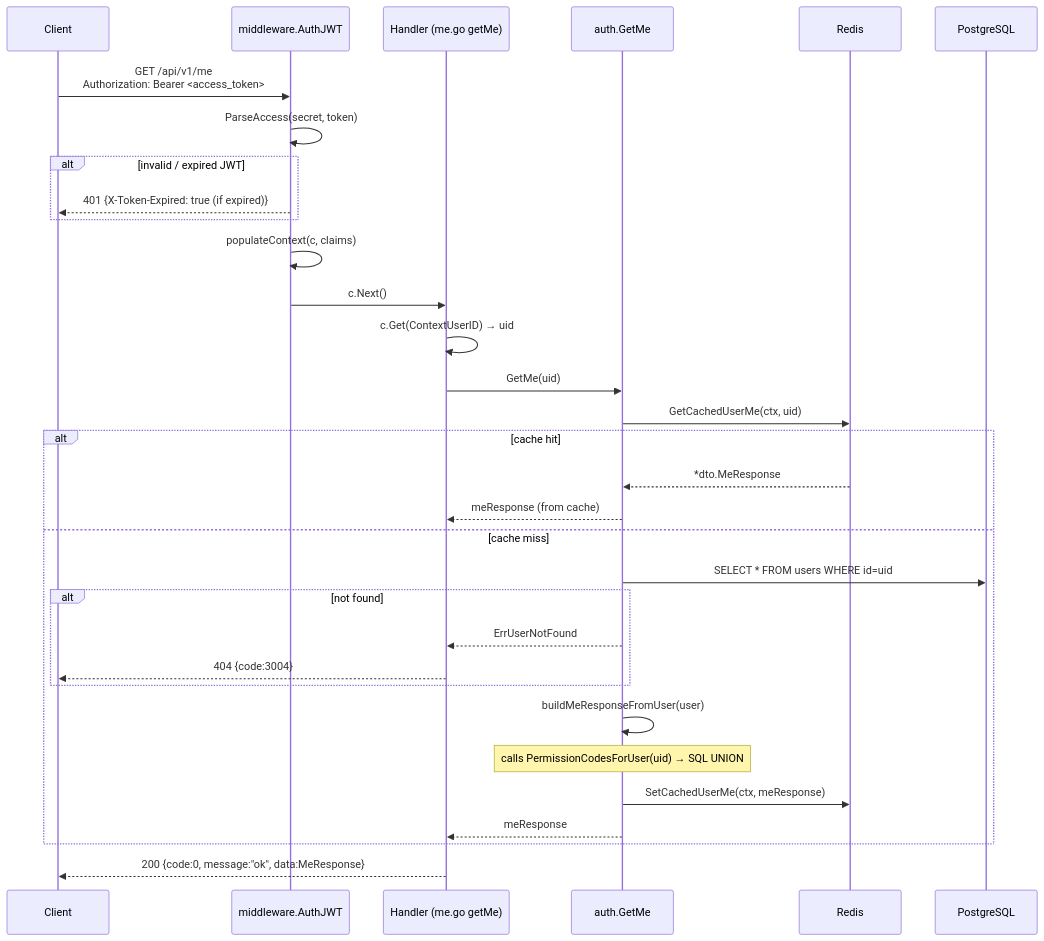
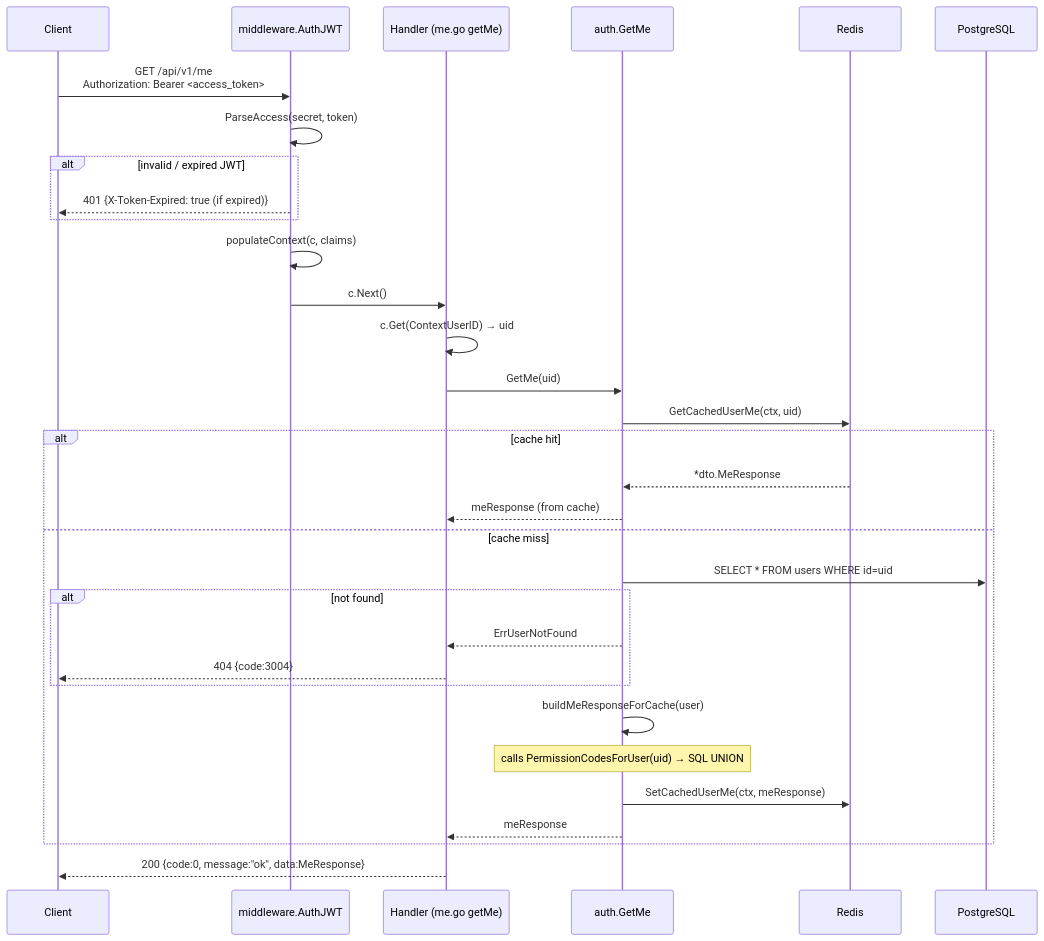
One commit to lkienkle11/be-mycourse changed the sixth of 23 diagrams in docs/sequence_diagrams.md. Above: the diagram before and after it, drawn with Mermaid. The commit also changed other lines of this file and 10 other files, not shown here.

Commit message:
docs: update media webhook and taxonomy architecture notes

````diff
--- a/docs/sequence_diagrams.md
+++ b/docs/sequence_diagrams.md
@@ -333,38 +333,38 @@
 ```mermaid
 sequenceDiagram
     participant C as Client
     participant MW as middleware.AuthJWT
     participant H as Handler (me.go getMe)
     participant SVC as auth.GetMe
     participant Cache as Redis
     participant DB as PostgreSQL
 
     C->>MW: GET /api/v1/me<br/>Authorization: Bearer <access_token>
     MW->>MW: ParseAccess(secret, token)
     alt invalid / expired JWT
         MW-->>C: 401 {X-Token-Expired: true (if expired)}
     end
     MW->>MW: populateContext(c, claims)
     MW->>H: c.Next()
 
     H->>H: c.Get(ContextUserID) → uid
     H->>SVC: GetMe(uid)
 
     SVC->>Cache: GetCachedUserMe(ctx, uid)
     alt cache hit
         Cache-->>SVC: *dto.MeResponse
         SVC-->>H: meResponse (from cache)
     else cache miss
         SVC->>DB: SELECT * FROM users WHERE id=uid
         alt not found
             SVC-->>H: ErrUserNotFound
             H-->>C: 404 {code:3004}
         end
-        SVC->>SVC: buildMeResponseFromUser(user)
+        SVC->>SVC: buildMeResponseForCache(user)
         Note over SVC: calls PermissionCodesForUser(uid) → SQL UNION
         SVC->>Cache: SetCachedUserMe(ctx, meResponse)
         SVC-->>H: meResponse
     end
 
     H-->>C: 200 {code:0, message:"ok", data:MeResponse}
 ```
````
